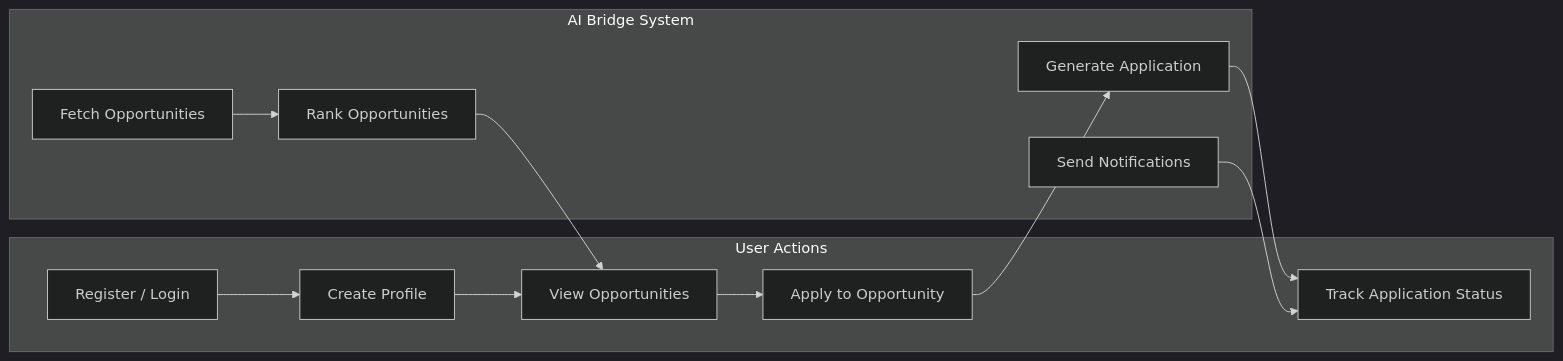
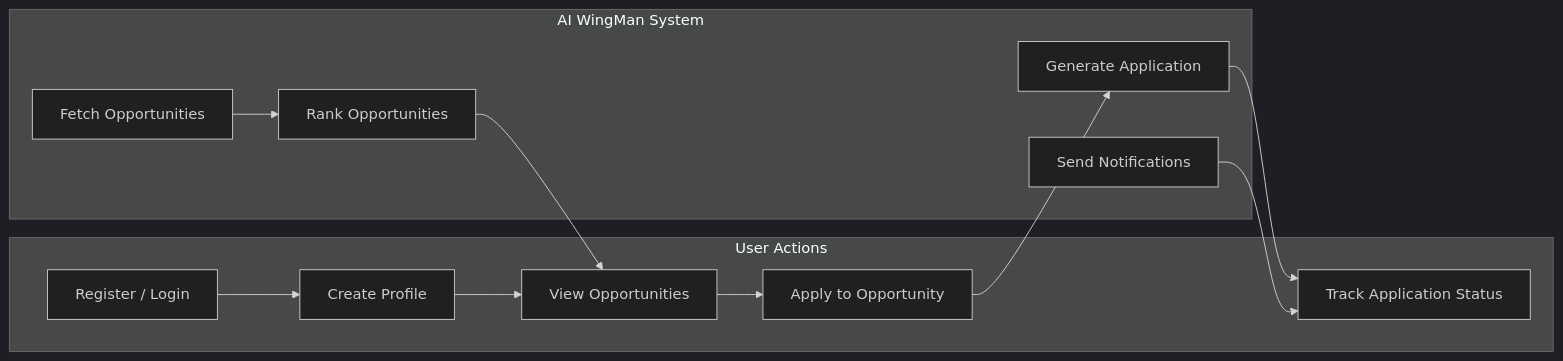
Before and after one commit to Maxiemad/AI-Bridge: the diagram in useCaseDiagram.md, drawn with Mermaid (dark theme). The commit also changed other lines of this file and 8 other files, not shown here.

````diff
--- a/useCaseDiagram.md
+++ b/useCaseDiagram.md
@@ -5,26 +5,26 @@
 ```mermaid
 flowchart LR
     subgraph User Actions
         A[Register / Login]
         B[Create Profile]
         C[View Opportunities]
         D[Apply to Opportunity]
         E[Track Application Status]
     end
 
-    subgraph AI Bridge System
+    subgraph AI WingMan System
         F[Fetch Opportunities]
         G[Rank Opportunities]
         H[Generate Application]
         I[Send Notifications]
     end
 
     A --> B
     B --> C
     F --> G
     G --> C
     C --> D
     D --> H
     H --> E
     I --> E
 ```
````
